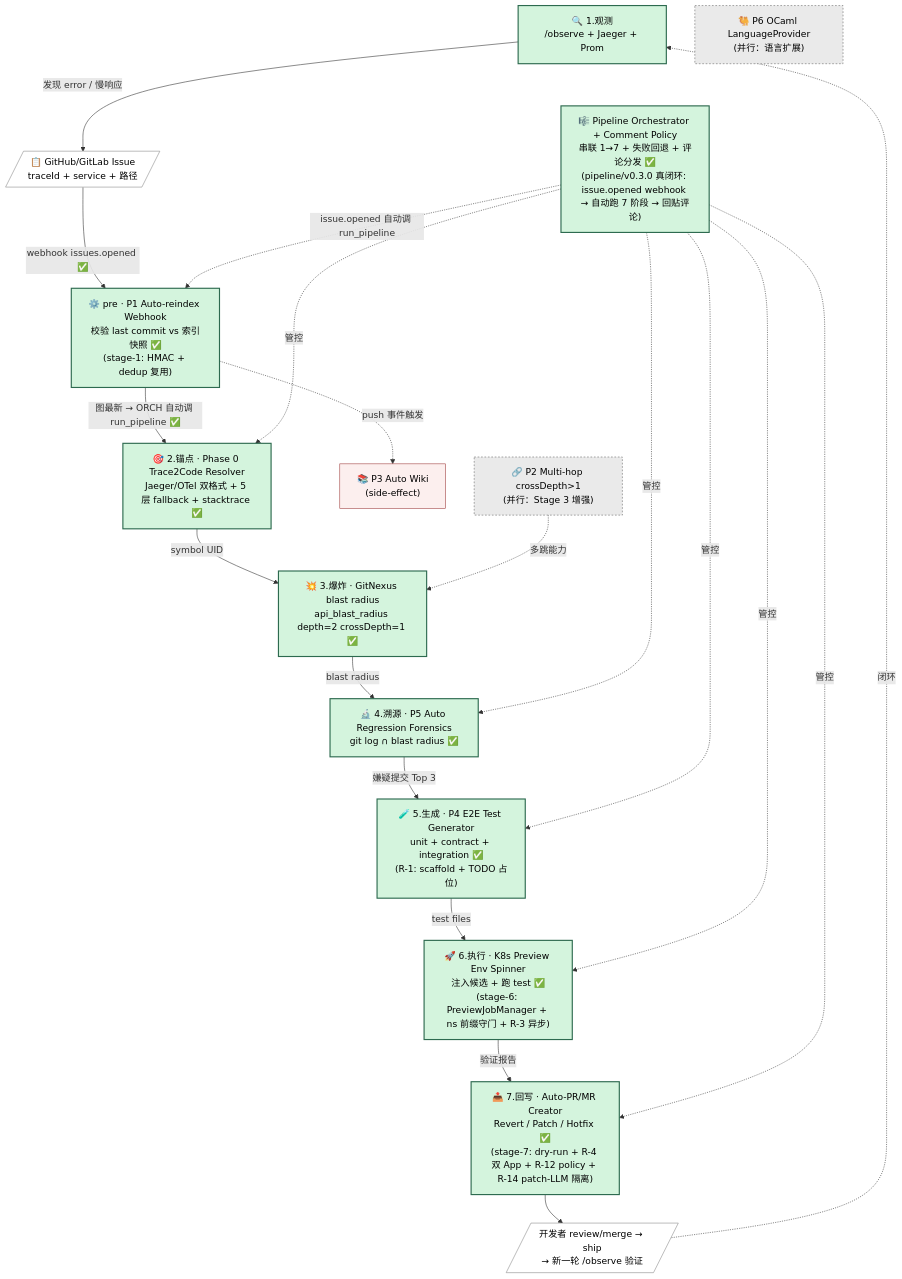
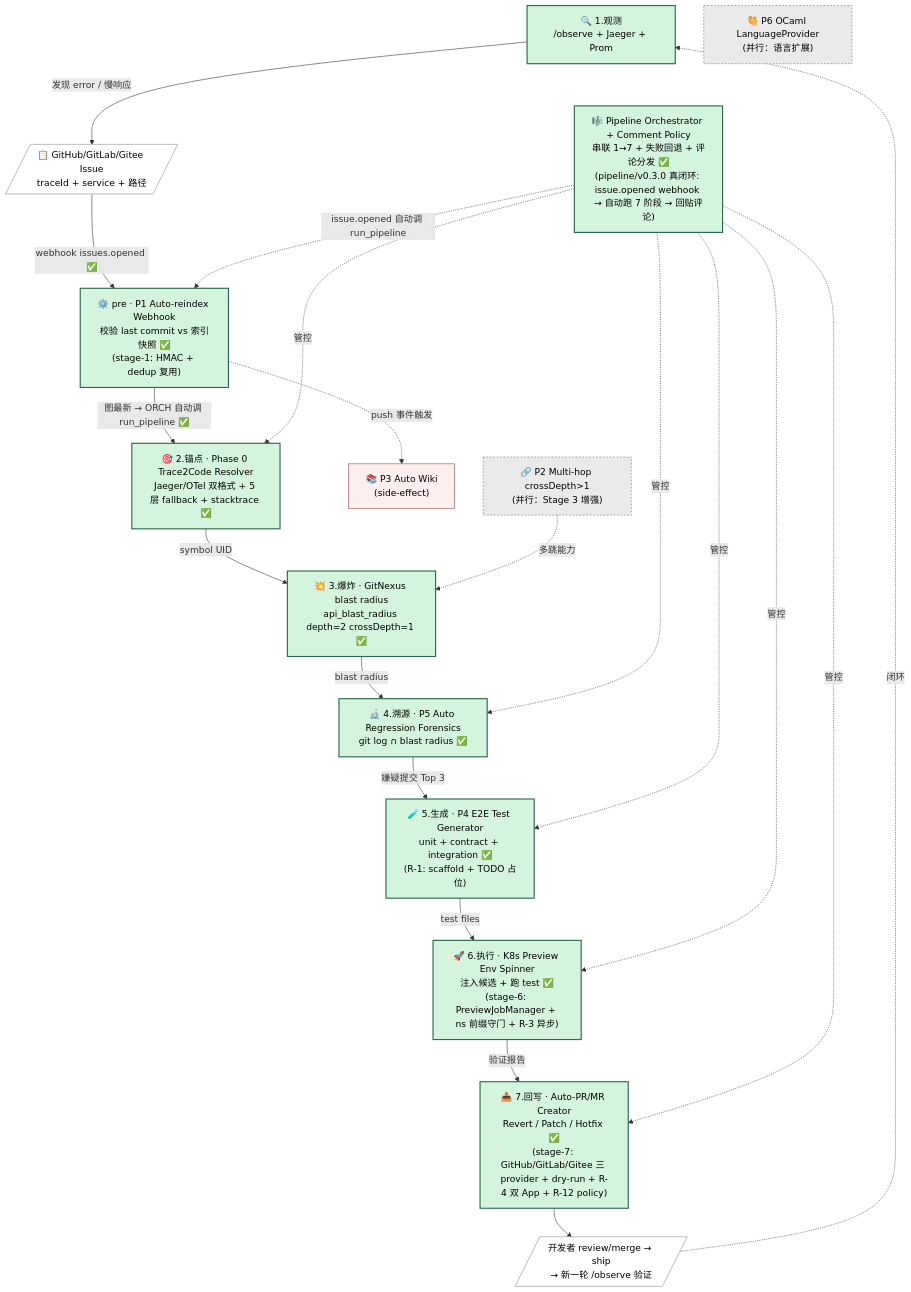
Before and after one commit to zxs1633079383/GitNexus: the diagram in docs/learn/Agentic-DevOps-企业版路线图-v2.md, drawn with Mermaid. The commit also changed other lines of this file and 10 other files, not shown here.

````diff
--- a/docs/learn/Agentic-DevOps-企业版路线图-v2.md
+++ b/docs/learn/Agentic-DevOps-企业版路线图-v2.md
@@ -37,46 +38,46 @@
 ```mermaid
 flowchart TB
     OBS["🔍 1.观测<br/>/observe + Jaeger + Prom"]:::existing
-    ISSUE[/"📋 GitHub/GitLab Issue<br/>traceId + service + 路径"/]:::external
+    ISSUE[/"📋 GitHub/GitLab/Gitee Issue<br/>traceId + service + 路径"/]:::external
     PRE["⚙️ pre · P1 Auto-reindex Webhook<br/>校验 last commit vs 索引快照 ✅<br/>(stage-1: HMAC + dedup 复用)"]:::existing
     S2["🎯 2.锚点 · Phase 0 Trace2Code Resolver<br/>Jaeger/OTel 双格式 + 5 层 fallback + stacktrace ✅"]:::existing
     S3["💥 3.爆炸 · GitNexus blast radius<br/>api_blast_radius depth=2 crossDepth=1 ✅"]:::existing
     S4["🔬 4.溯源 · P5 Auto Regression Forensics<br/>git log ∩ blast radius ✅"]:::existing
     S5["🧪 5.生成 · P4 E2E Test Generator<br/>unit + contract + integration ✅<br/>(R-1: scaffold + TODO 占位)"]:::existing
     S6["🚀 6.执行 · K8s Preview Env Spinner<br/>注入候选 + 跑 test ✅<br/>(stage-6: PreviewJobManager + ns 前缀守门 + R-3 异步)"]:::existing
-    S7["📤 7.回写 · Auto-PR/MR Creator<br/>Revert / Patch / Hotfix ✅<br/>(stage-7: dry-run + R-4 双 App + R-12 policy + R-14 patch-LLM 隔离)"]:::existing
+    S7["📤 7.回写 · Auto-PR/MR Creator<br/>Revert / Patch / Hotfix ✅<br/>(stage-7: GitHub/GitLab/Gitee 三 provider + dry-run + R-4 双 App + R-12 policy)"]:::existing
     LOOP[/"开发者 review/merge → ship<br/>→ 新一轮 /observe 验证"/]:::external
 
     ORCH["🎼 Pipeline Orchestrator + Comment Policy<br/>串联 1→7 + 失败回退 + 评论分发 ✅<br/>(pipeline/v0.3.0 真闭环: issue.opened webhook → 自动跑 7 阶段 → 回贴评论)"]:::existing
     WIKI["📚 P3 Auto Wiki<br/>(side-effect)"]:::side
     P2["🔗 P2 Multi-hop crossDepth>1<br/>(并行：Stage 3 增强)"]:::parallel
     P6["🐫 P6 OCaml LanguageProvider<br/>(并行：语言扩展)"]:::parallel
 
     OBS -->|发现 error / 慢响应| ISSUE
     ISSUE -->|webhook issues.opened ✅| PRE
     PRE -->|图最新 → ORCH 自动调 run_pipeline ✅| S2
     S2 -->|symbol UID| S3
     S3 -->|blast radius| S4
     S4 -->|嫌疑提交 Top 3| S5
     S5 -->|test files| S6
     S6 -->|验证报告| S7
     S7 --> LOOP
     LOOP -.->|闭环| OBS
 
     ORCH -.->|issue.opened 自动调 run_pipeline| PRE
     ORCH -.->|管控| S2
     ORCH -.->|管控| S4
     ORCH -.->|管控| S5
     ORCH -.->|管控| S6
     ORCH -.->|管控| S7
 
     PRE -.->|push 事件触发| WIKI
     P2 -.->|多跳能力| S3
 
     classDef existing fill:#d4f4dd,stroke:#2d6a4f,color:#000,stroke-width:2px
     classDef new fill:#fff3cd,stroke:#856404,color:#000,stroke-width:2px
     classDef cross fill:#cfe2ff,stroke:#0a4d8c,color:#000,stroke-width:2px
     classDef side fill:#fcefee,stroke:#a04040,color:#000,stroke-width:1px
     classDef parallel fill:#eaeaea,stroke:#666,color:#000,stroke-width:1px,stroke-dasharray: 3 3
     classDef external fill:#fff,stroke:#888,color:#000,stroke-width:1px
 ```
````
